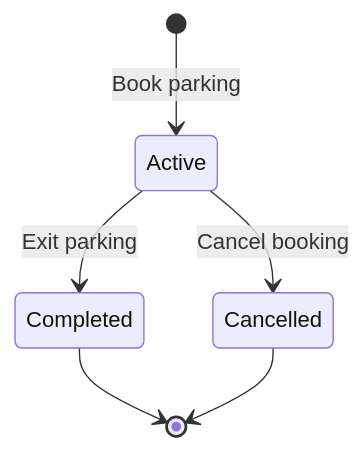
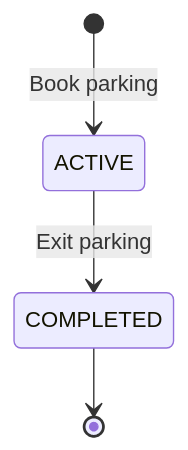
Before and after one commit to Sahil2u47/smart_parking_system_frontend: the fifth of 9 diagrams in README.md, drawn with Mermaid. The commit also changed other lines of this file, not shown here.

````diff
--- a/README.md
+++ b/README.md
@@ -215,8 +319,6 @@
 ```mermaid
 stateDiagram-v2
-    [*] --> Active: Book parking
-    Active --> Completed: Exit parking
-    Active --> Cancelled: Cancel booking
-    Completed --> [*]
-    Cancelled --> [*]
+    [*] --> ACTIVE: Book parking
+    ACTIVE --> COMPLETED: Exit parking
+    COMPLETED --> [*]
 ```
````
